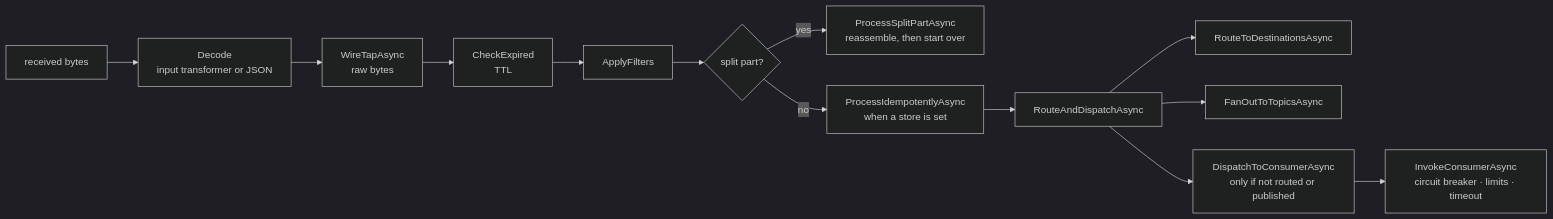
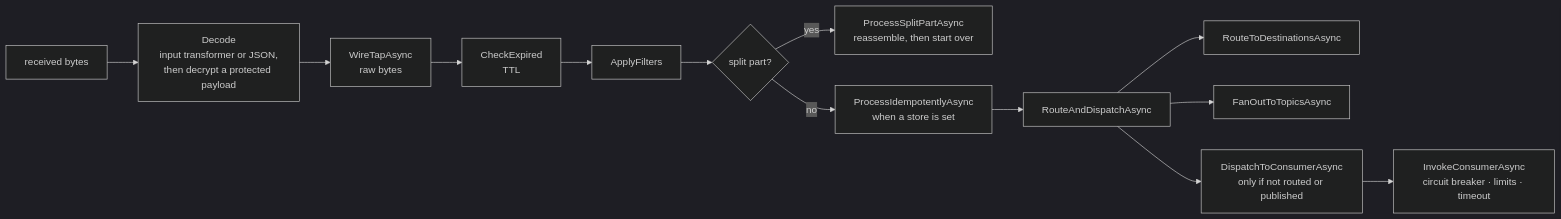
Before and after one commit to nymankla/NymBroker: the second of 2 diagrams in docs/architecture.md, drawn with Mermaid (dark theme). The commit also changed other lines of this file and 24 other files, not shown here.

````diff
--- a/docs/architecture.md
+++ b/docs/architecture.md
@@ -51,15 +51,15 @@
 ```mermaid
 flowchart LR
-    R[received bytes] --> D[Decode<br/>input transformer or JSON]
+    R[received bytes] --> D[Decode<br/>input transformer or JSON,<br/>then decrypt a protected payload]
     D --> WT[WireTapAsync<br/>raw bytes]
     WT --> X[CheckExpired<br/>TTL]
     X --> F[ApplyFilters]
     F --> SP{split part?}
     SP -- yes --> AG[ProcessSplitPartAsync<br/>reassemble, then start over]
     SP -- no --> ID[ProcessIdempotentlyAsync<br/>when a store is set]
     ID --> RD[RouteAndDispatchAsync]
     RD --> RT[RouteToDestinationsAsync]
     RD --> TP[FanOutToTopicsAsync]
     RD --> CN[DispatchToConsumerAsync<br/>only if not routed or published]
     CN --> IC[InvokeConsumerAsync<br/>circuit breaker · limits · timeout]
 ```
````
